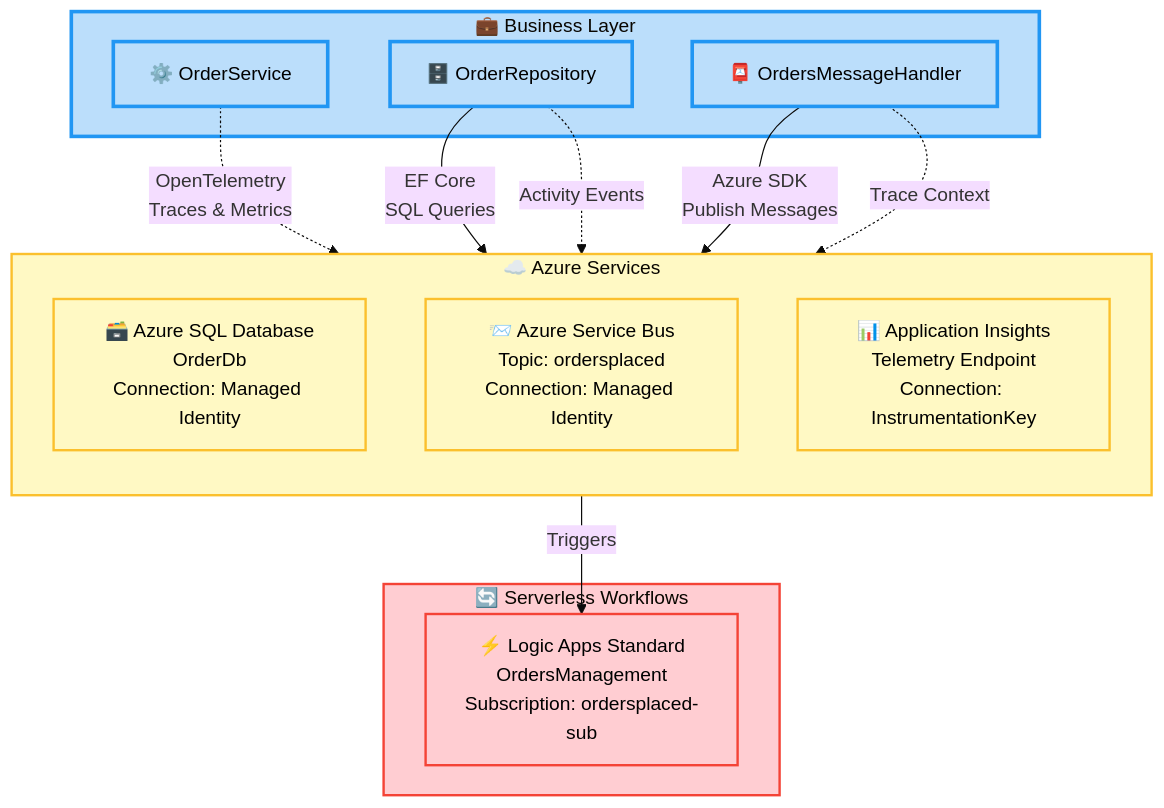
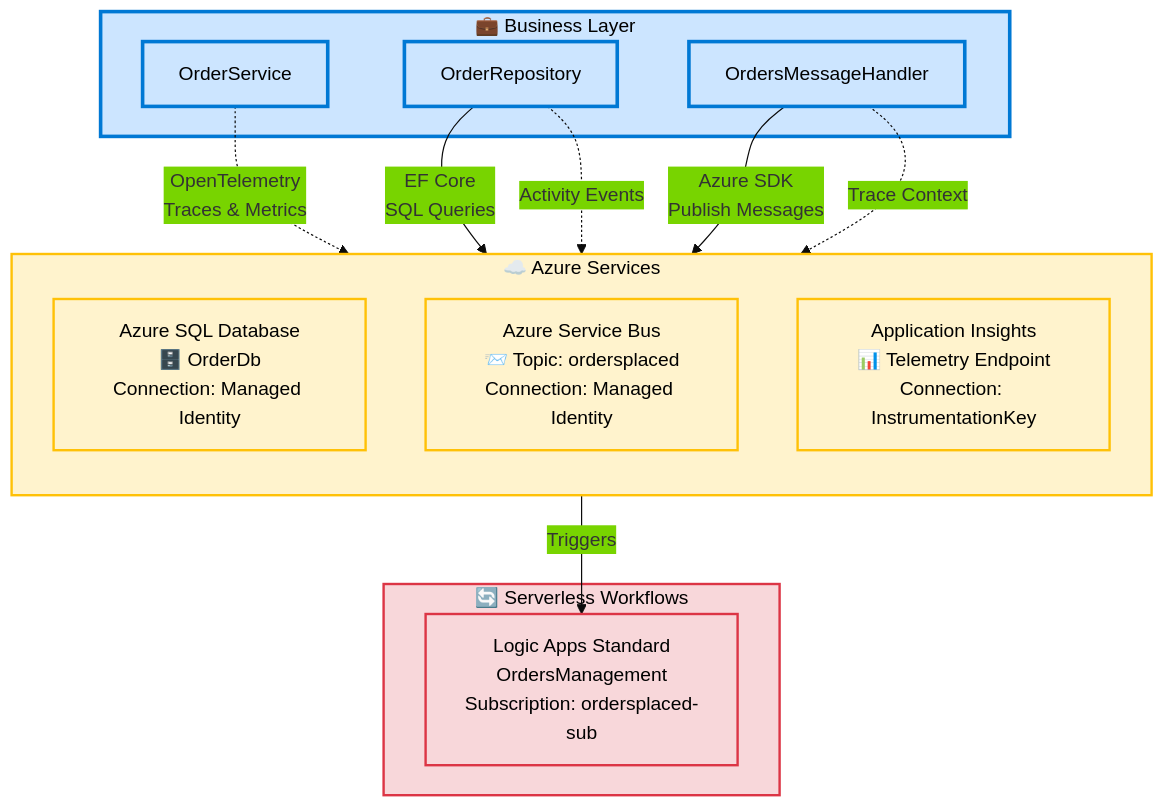
One commit to Evilazaro/Azure-LogicApps-Monitoring changed the ninth of 13 diagrams in docs/architecture/business-layer-architecture.md. Above: the diagram before and after it, drawn with Mermaid. The commit also changed other lines of this file and 1 other file, not shown here.

````diff
--- a/docs/architecture/business-layer-architecture.md
+++ b/docs/architecture/business-layer-architecture.md
@@ -790,51 +843,48 @@
 ```mermaid
 ---
 config:
   theme: base
+  themeVariables:
+    primaryColor: "#0078D4"
 ---
 graph TB
     accTitle: External System Integration Points
     accDescr: Shows all external systems that the Business layer integrates with
 
     %% Business Layer
     subgraph business["💼 Business Layer"]
-        orderService["⚙️ OrderService"]
-        orderRepo["🗄️ OrderRepository"]
-        messageHandler["📮 OrdersMessageHandler"]
+        orderService["OrderService"]
+        orderRepo["OrderRepository"]
+        messageHandler["OrdersMessageHandler"]
     end
 
     %% Azure Services
     subgraph azure["☁️ Azure Services"]
         direction TB
-        sqldb["🗃️ Azure SQL Database<br/>OrderDb<br/>Connection: Managed Identity"]
-        servicebus["📨 Azure Service Bus<br/>Topic: ordersplaced<br/>Connection: Managed Identity"]
-        appinsights["📊 Application Insights<br/>Telemetry Endpoint<br/>Connection: InstrumentationKey"]
+        sqldb["Azure SQL Database<br/>🗄️ OrderDb<br/>Connection: Managed Identity"]
+        servicebus["Azure Service Bus<br/>📨 Topic: ordersplaced<br/>Connection: Managed Identity"]
+        appinsights["Application Insights<br/>📊 Telemetry Endpoint<br/>Connection: InstrumentationKey"]
     end
 
     %% Logic Apps
     subgraph workflows["🔄 Serverless Workflows"]
-        logicapp["⚡ Logic Apps Standard<br/>OrdersManagement<br/>Subscription: ordersplaced-sub"]
+        logicapp["Logic Apps Standard<br/>OrdersManagement<br/>Subscription: ordersplaced-sub"]
     end
 
     %% Connections
     orderRepo -->|"EF Core<br/>SQL Queries"| sqldb
     messageHandler -->|"Azure SDK<br/>Publish Messages"| servicebus
     servicebus -->|"Triggers"| logicapp
     orderService -.->|"OpenTelemetry<br/>Traces & Metrics"| appinsights
     orderRepo -.->|"Activity Events"| appinsights
     messageHandler -.->|"Trace Context"| appinsights
 
-    %% Styling with explicit hex colors (Microsoft Fluent UI / Azure palette)
-    classDef businessStyle fill:#BBDEFB,stroke:#2196F3,stroke-width:3px,color:#000
-    classDef azureStyle fill:#FFF9C4,stroke:#FBC02D,stroke-width:2px,color:#000
-    classDef workflowStyle fill:#FFCDD2,stroke:#F44336,stroke-width:2px,color:#000
+    %% Styling
+    classDef businessStyle fill:#CCE5FF,stroke:#0078D4,stroke-width:3px,color:#000
+    classDef azureStyle fill:#FFF3CD,stroke:#FFC107,stroke-width:2px,color:#000
+    classDef workflowStyle fill:#F8D7DA,stroke:#DC3545,stroke-width:2px,color:#000
 
-    class orderService,orderRepo,messageHandler businessStyle
-    class sqldb,servicebus,appinsights azureStyle
-    class logicapp workflowStyle
-
-    %% Subgraph styling (MRM-S001 compliant - use style not class)
-    style business fill:#BBDEFB,stroke:#2196F3,stroke-width:3px
-    style azure fill:#FFF9C4,stroke:#FBC02D,stroke-width:2px
-    style workflows fill:#FFCDD2,stroke:#F44336,stroke-width:2px
+    class business,orderService,orderRepo,messageHandler businessStyle
+    class azure,sqldb,servicebus,appinsights azureStyle
+    class workflows,logicapp workflowStyle
 ```
````
